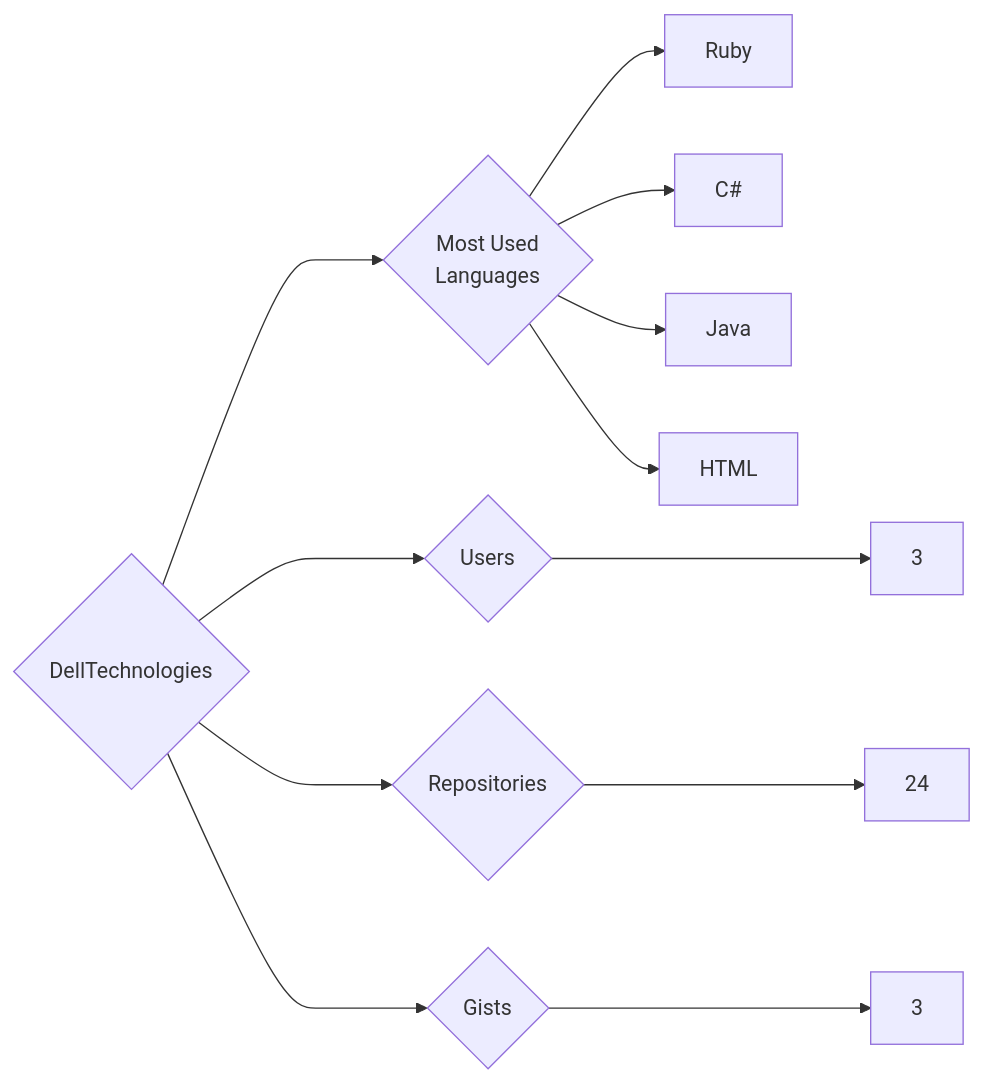
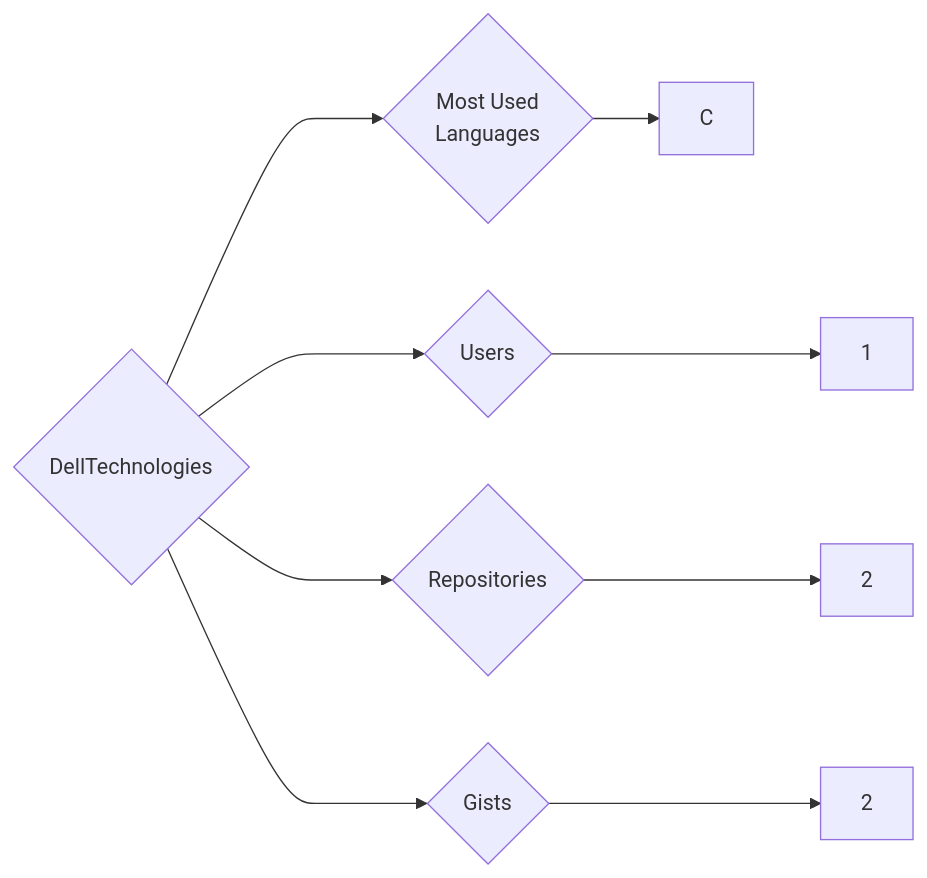
The diagram in targets/DellTechnologies/README.md (trickest/insiders), drawn with Mermaid before and after one commit. The commit also changed 1120 other files, not shown here.

````diff
--- a/targets/DellTechnologies/README.md
+++ b/targets/DellTechnologies/README.md
@@ -3,12 +3,9 @@
 ```mermaid
 graph LR
 COMPANY_NAME{DellTechnologies}
-COMPANY_NAME ---> U{Users} ---> UN[3]
-COMPANY_NAME ---> R{Repositories} ---> RN[24]
-COMPANY_NAME ---> G{Gists} ---> GN[3]
+COMPANY_NAME ---> U{Users} ---> UN[1]
+COMPANY_NAME ---> R{Repositories} ---> RN[2]
+COMPANY_NAME ---> G{Gists} ---> GN[2]
 COMPANY_NAME ---> ML{Most Used<br>Languages}
-ML --> Ruby[Ruby]
-ML --> C#[C#]
-ML --> Java[Java]
-ML --> HTML[HTML]
+ML --> C[C]
 ```
````
